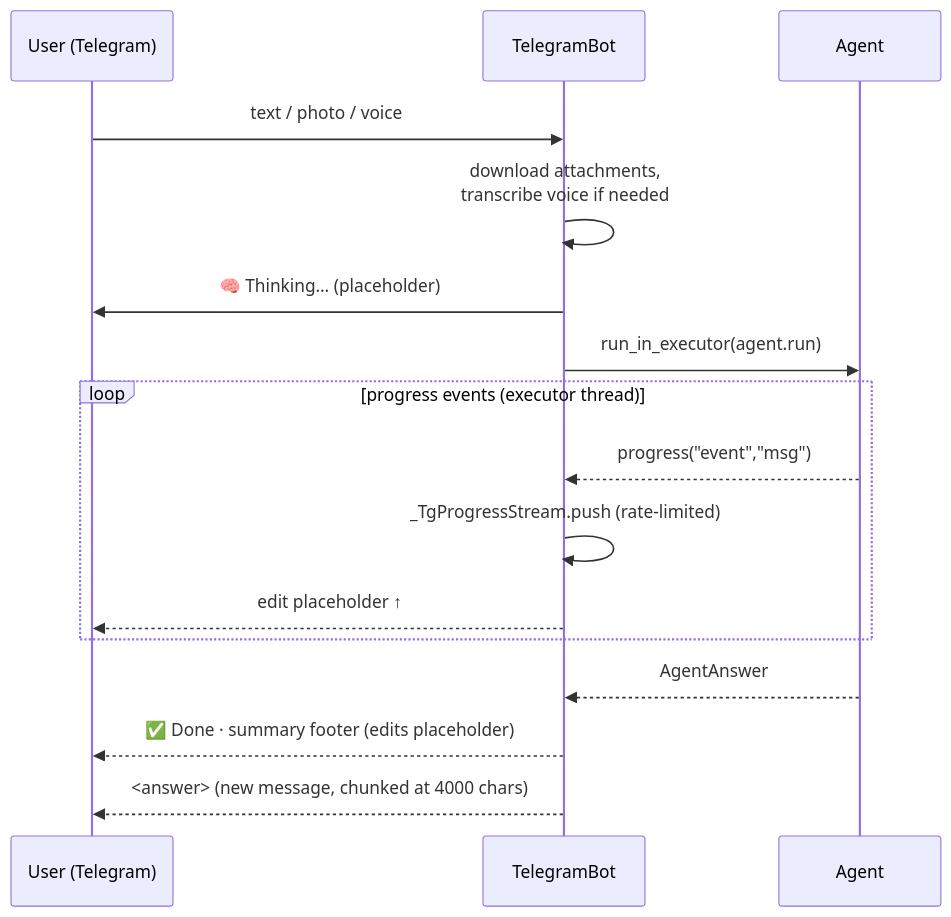
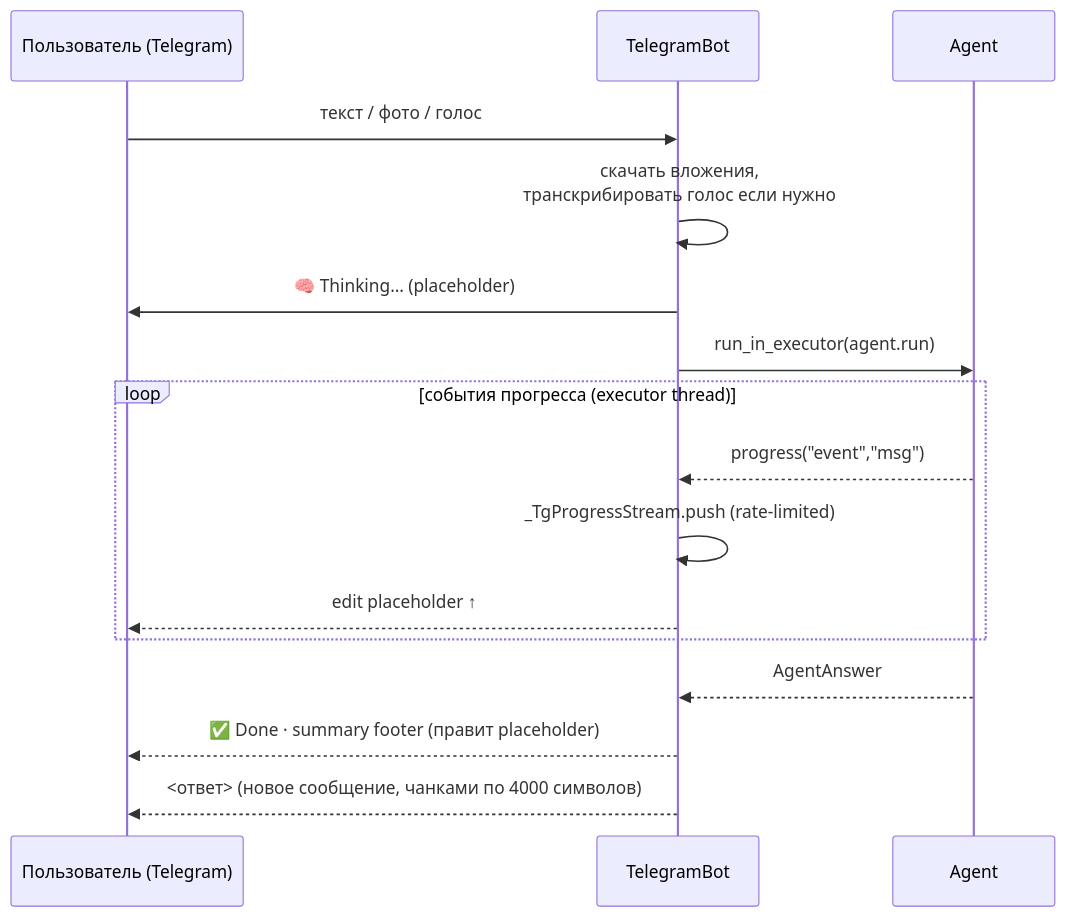
Diagram 11 of 12 in docs/architecture.md (gjaloyan/hrant), drawn with Mermaid before and after one commit. The commit also changed other lines of this file, not shown here.

First line of the commit message:
docs(architecture): translate to Russian

````diff
--- a/docs/architecture.md
+++ b/docs/architecture.md
@@ -473,19 +473,19 @@
 ```mermaid
 sequenceDiagram
-    participant TG as User (Telegram)
+    participant TG as Пользователь (Telegram)
     participant BOT as TelegramBot
     participant AG as Agent
 
-    TG->>BOT: text / photo / voice
-    BOT->>BOT: download attachments,<br/>transcribe voice if needed
+    TG->>BOT: текст / фото / голос
+    BOT->>BOT: скачать вложения,<br/>транскрибировать голос если нужно
     BOT->>TG: 🧠 Thinking… (placeholder)
     BOT->>AG: run_in_executor(agent.run)
-    loop progress events (executor thread)
+    loop события прогресса (executor thread)
         AG-->>BOT: progress("event","msg")
         BOT->>BOT: _TgProgressStream.push (rate-limited)
         BOT-->>TG: edit placeholder ↑
     end
     AG-->>BOT: AgentAnswer
-    BOT-->>TG: ✅ Done · summary footer (edits placeholder)
-    BOT-->>TG: <answer> (new message, chunked at 4000 chars)
+    BOT-->>TG: ✅ Done · summary footer (правит placeholder)
+    BOT-->>TG: <ответ> (новое сообщение, чанками по 4000 символов)
 ```
````
